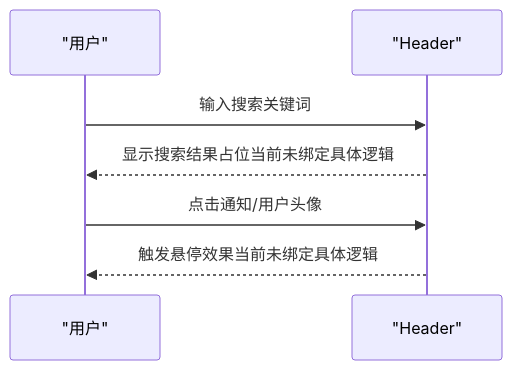
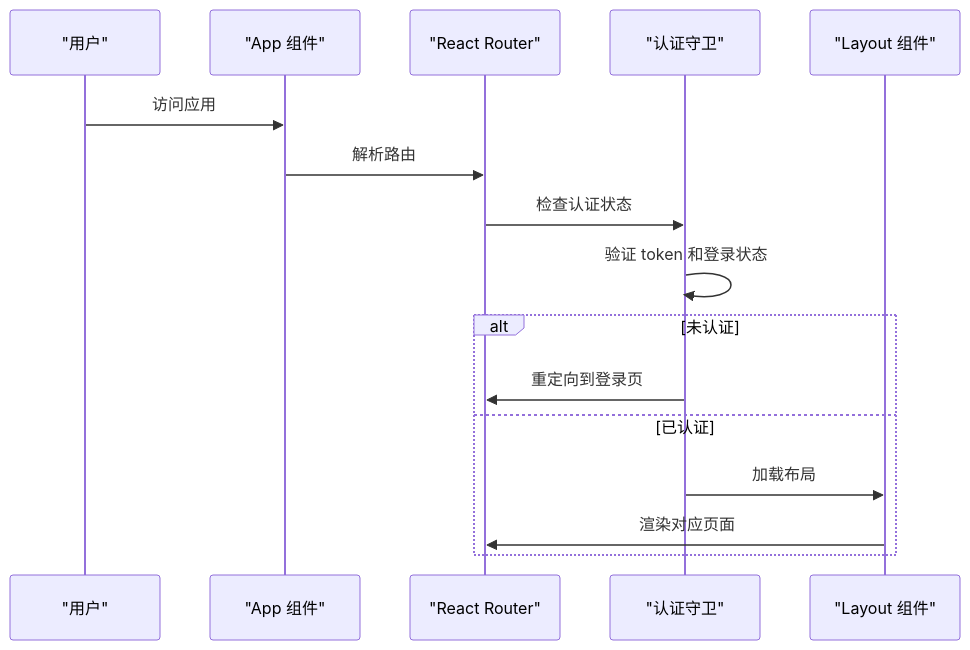
One commit to xianjianshenqu/SalesFlow-CRM changed the third of 8 diagrams in .qoder/repowiki/zh/content/架构设计/架构设计.md. Above: the diagram before and after it, drawn with Mermaid. The commit also changed other lines of this file and 17 other files, not shown here.

````diff
--- a/.qoder/repowiki/zh/content/架构设计/架构设计.md
+++ b/.qoder/repowiki/zh/content/架构设计/架构设计.md
@@ -167,9 +173,18 @@
 ```mermaid
 sequenceDiagram
 participant U as "用户"
-participant H as "Header"
-U->>H : 输入搜索关键词
-H-->>U : 显示搜索结果占位当前未绑定具体逻辑
-U->>H : 点击通知/用户头像
-H-->>U : 触发悬停效果当前未绑定具体逻辑
+participant APP as "App 组件"
+participant ROUTER as "React Router"
+participant PROTECT as "认证守卫"
+participant LAYOUT as "Layout 组件"
+U->>APP : 访问应用
+APP->>ROUTER : 解析路由
+ROUTER->>PROTECT : 检查认证状态
+PROTECT->>PROTECT : 验证 token 和登录状态
+alt 未认证
+PROTECT->>ROUTER : 重定向到登录页
+else 已认证
+PROTECT->>LAYOUT : 加载布局
+LAYOUT->>ROUTER : 渲染对应页面
+end
 ```
````
